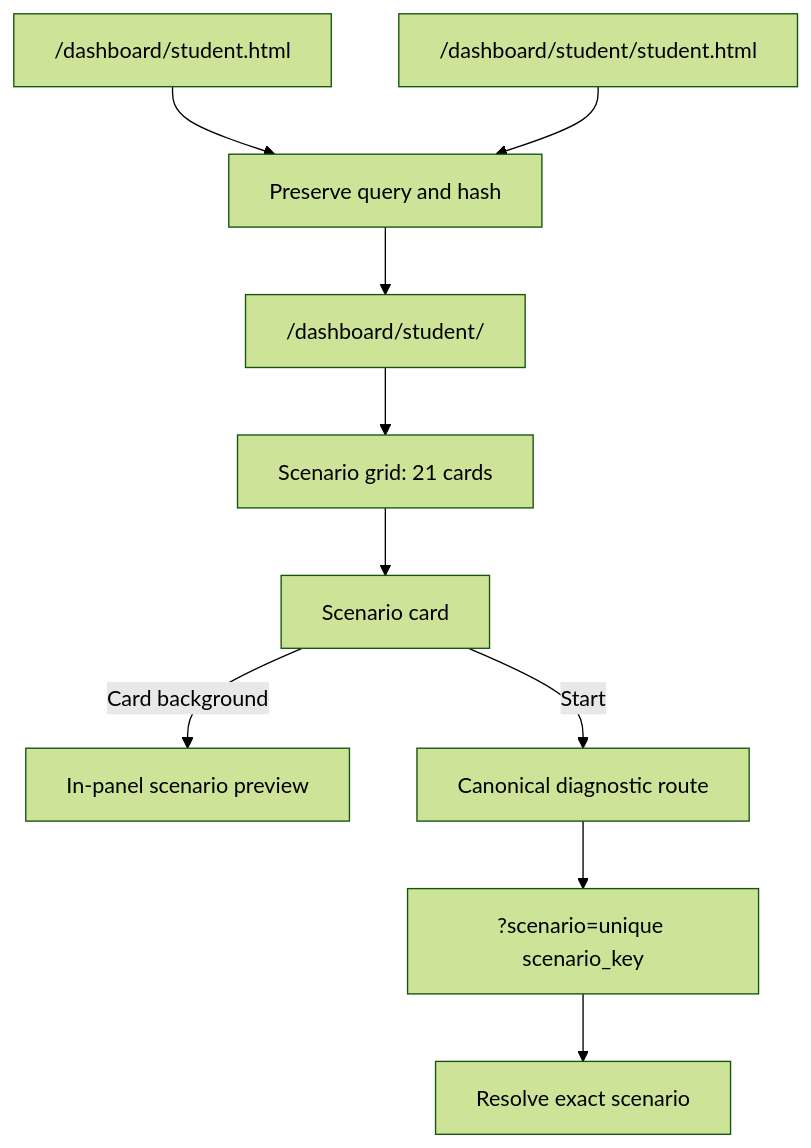
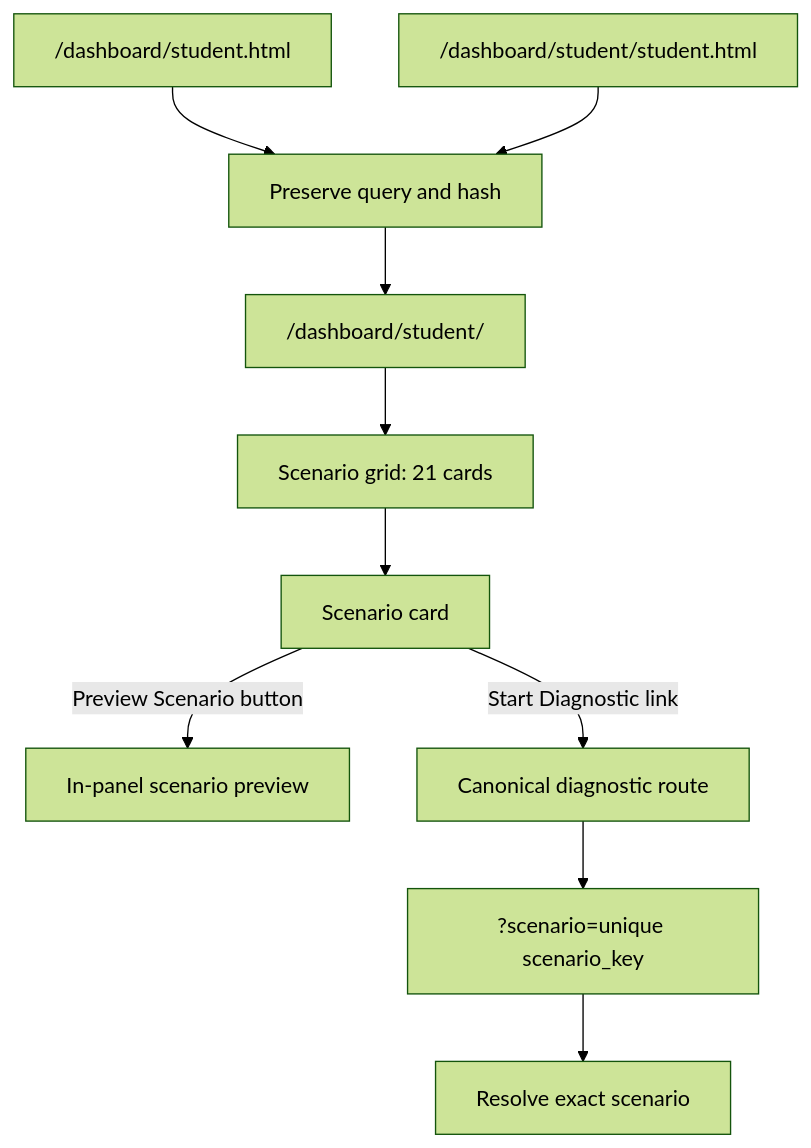
The first of 2 diagrams in docs/STUDENT_PRODUCTION_UX.md (73junito/car-diagnosis-simulator), drawn with Mermaid (forest theme) before and after one commit. The commit also changed other lines of this file, not shown here.

Commit message:
docs(student): update card interaction Mermaid to reflect PR #409 UX changes

````diff
--- a/docs/STUDENT_PRODUCTION_UX.md
+++ b/docs/STUDENT_PRODUCTION_UX.md
@@ -7,15 +7,15 @@
 ```mermaid
 flowchart TD
   LegacyRoot["/dashboard/student.html"] --> Redirect["Preserve query and hash"]
   LegacyNested["/dashboard/student/student.html"] --> Redirect
   Redirect --> Dashboard["/dashboard/student/"]
 
   Dashboard --> Grid["Scenario grid: 21 cards"]
   Grid --> Card["Scenario card"]
 
-  Card -->|Card background| Preview["In-panel scenario preview"]
-  Card -->|Start| Workflow["Canonical diagnostic route"]
+  Card -->|Preview Scenario button| Preview["In-panel scenario preview"]
+  Card -->|Start Diagnostic link| Workflow["Canonical diagnostic route"]
 
   Workflow --> Route["?scenario=unique scenario_key"]
   Route --> Resolver["Resolve exact scenario"]
 ```
````
